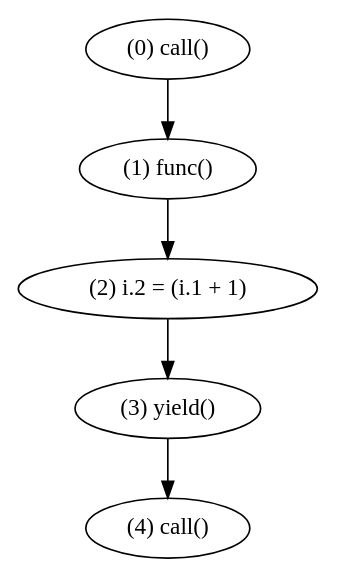
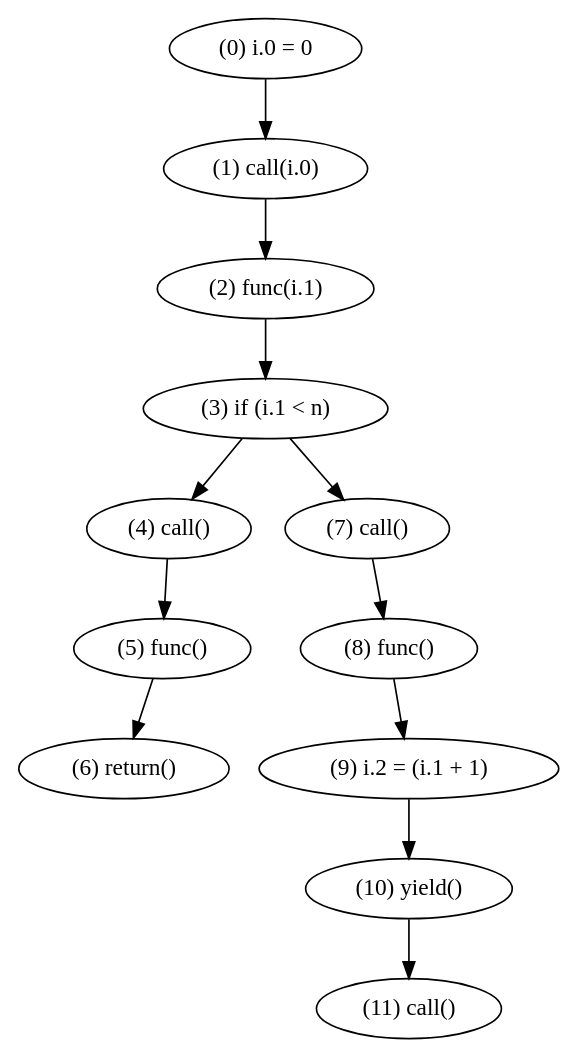
Before and after one commit to WorldofKerry/ToHDL: the diagram in crates/passes/lower_to_fsm_1.dot, drawn with Graphviz. The commit also changed 10 other files, not shown here.

```diff
--- a/crates/passes/lower_to_fsm_1.dot
+++ b/crates/passes/lower_to_fsm_1.dot
@@ -1,11 +1,25 @@
 digraph {
-    0 [ label = "(0) call()" ]
-    1 [ label = "(1) func()" ]
-    2 [ label = "(2) i.2 = (i.1 + 1)" ]
-    3 [ label = "(3) yield()" ]
+    0 [ label = "(0) i.0 = 0" ]
+    1 [ label = "(1) call(i.0)" ]
+    2 [ label = "(2) func(i.1)" ]
+    3 [ label = "(3) if (i.1 < n)" ]
     4 [ label = "(4) call()" ]
+    5 [ label = "(5) func()" ]
+    6 [ label = "(6) return()" ]
+    7 [ label = "(7) call()" ]
+    8 [ label = "(8) func()" ]
+    9 [ label = "(9) i.2 = (i.1 + 1)" ]
+    10 [ label = "(10) yield()" ]
+    11 [ label = "(11) call()" ]
     0 -> 1 [ label = "" ]
     1 -> 2 [ label = "" ]
     2 -> 3 [ label = "" ]
+    3 -> 7 [ label = "" ]
     3 -> 4 [ label = "" ]
+    4 -> 5 [ label = "" ]
+    5 -> 6 [ label = "" ]
+    7 -> 8 [ label = "" ]
+    8 -> 9 [ label = "" ]
+    9 -> 10 [ label = "" ]
+    10 -> 11 [ label = "" ]
 }
```
